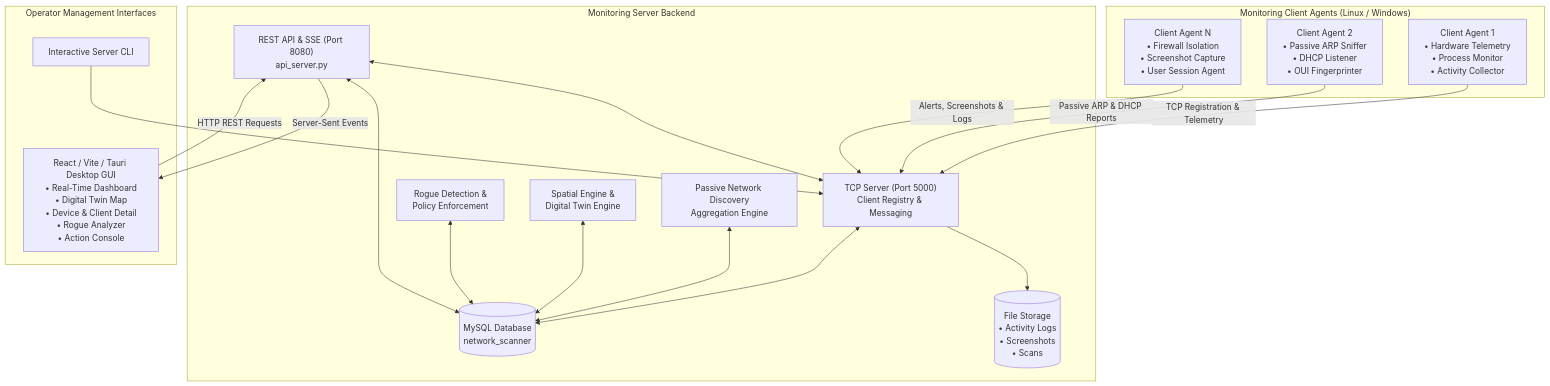
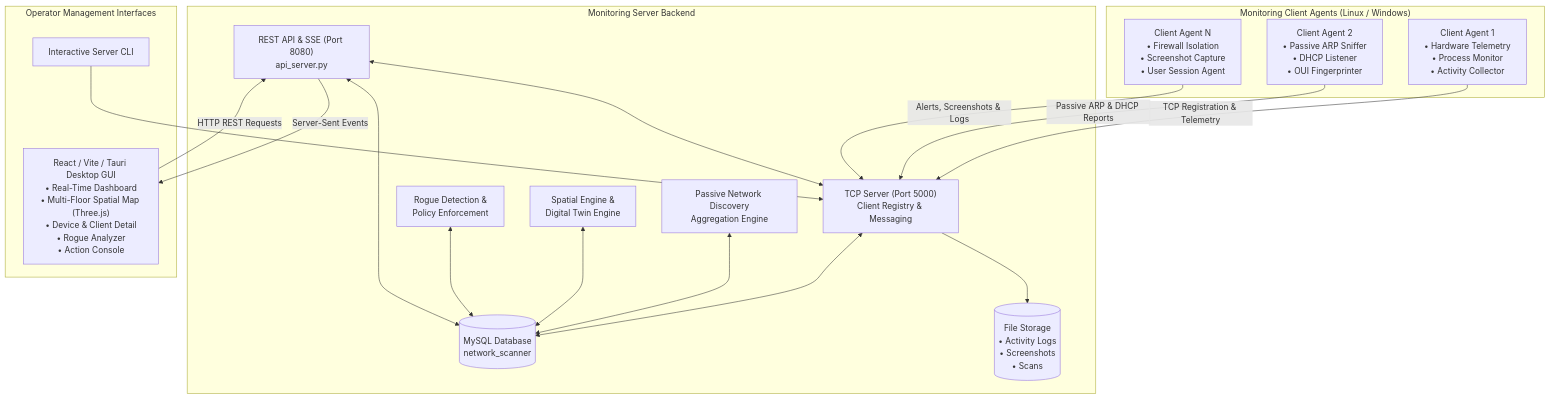
Before and after one commit to mKharchi/network-scanner: the first of 2 diagrams in README.md, drawn with Mermaid. The commit also changed other lines of this file and 26 other files, not shown here.

````diff
--- a/README.md
+++ b/README.md
@@ -9,39 +9,39 @@
 ```mermaid
 graph TB
     subgraph ClientNodes["Monitoring Client Agents (Linux / Windows)"]
         CA1["Client Agent 1<br/>• Hardware Telemetry<br/>• Process Monitor<br/>• Activity Collector"]
         CA2["Client Agent 2<br/>• Passive ARP Sniffer<br/>• DHCP Listener<br/>• OUI Fingerprinter"]
         CA3["Client Agent N<br/>• Firewall Isolation<br/>• Screenshot Capture<br/>• User Session Agent"]
     end
 
     subgraph ServerBackend["Monitoring Server Backend"]
         TCP["TCP Server (Port 5000)<br/>Client Registry & Messaging"]
         API["REST API & SSE (Port 8080)<br/>api_server.py"]
         SPATIAL["Spatial Engine &<br/>Digital Twin Engine"]
         SEC["Rogue Detection &<br/>Policy Enforcement"]
         DISC["Passive Network Discovery<br/>Aggregation Engine"]
         DB[(MySQL Database<br/>network_scanner)]
         STORAGE[("File Storage<br/>• Activity Logs<br/>• Screenshots<br/>• Scans")]
     end
 
     subgraph OperatorUI["Operator Management Interfaces"]
         CLI["Interactive Server CLI"]
-        GUI["React / Vite / Tauri Desktop GUI<br/>• Real-Time Dashboard<br/>• Digital Twin Map<br/>• Device & Client Detail<br/>• Rogue Analyzer<br/>• Action Console"]
+        GUI["React / Vite / Tauri Desktop GUI<br/>• Real-Time Dashboard<br/>• Multi-Floor Spatial Map (Three.js)<br/>• Device & Client Detail<br/>• Rogue Analyzer<br/>• Action Console"]
     end
 
     CA1 -->|TCP Registration & Telemetry| TCP
     CA2 -->|Passive ARP & DHCP Reports| TCP
     CA3 -->|Alerts, Screenshots & Logs| TCP
 
     TCP <--> DB
     TCP --> STORAGE
     DISC <--> DB
     SPATIAL <--> DB
     SEC <--> DB
 
     API <--> DB
     API <--> TCP
     API -->|Server-Sent Events| GUI
     GUI -->|HTTP REST Requests| API
     CLI --> TCP
 ```
````
